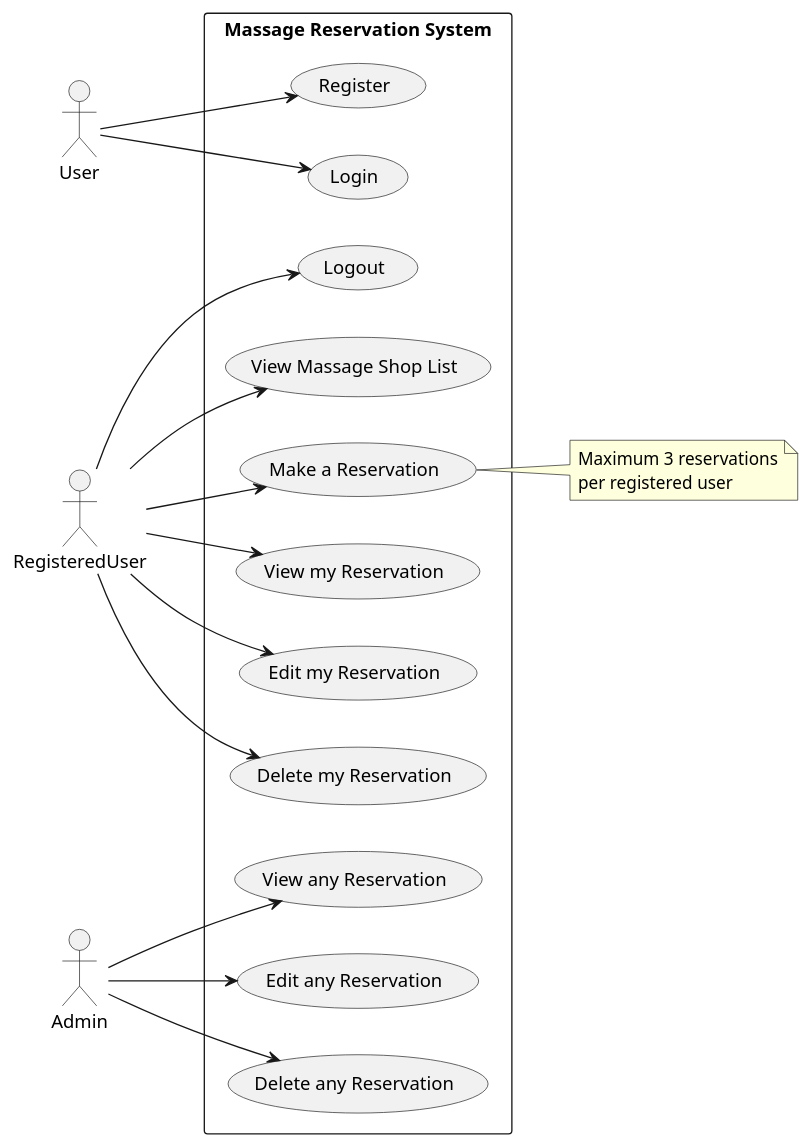
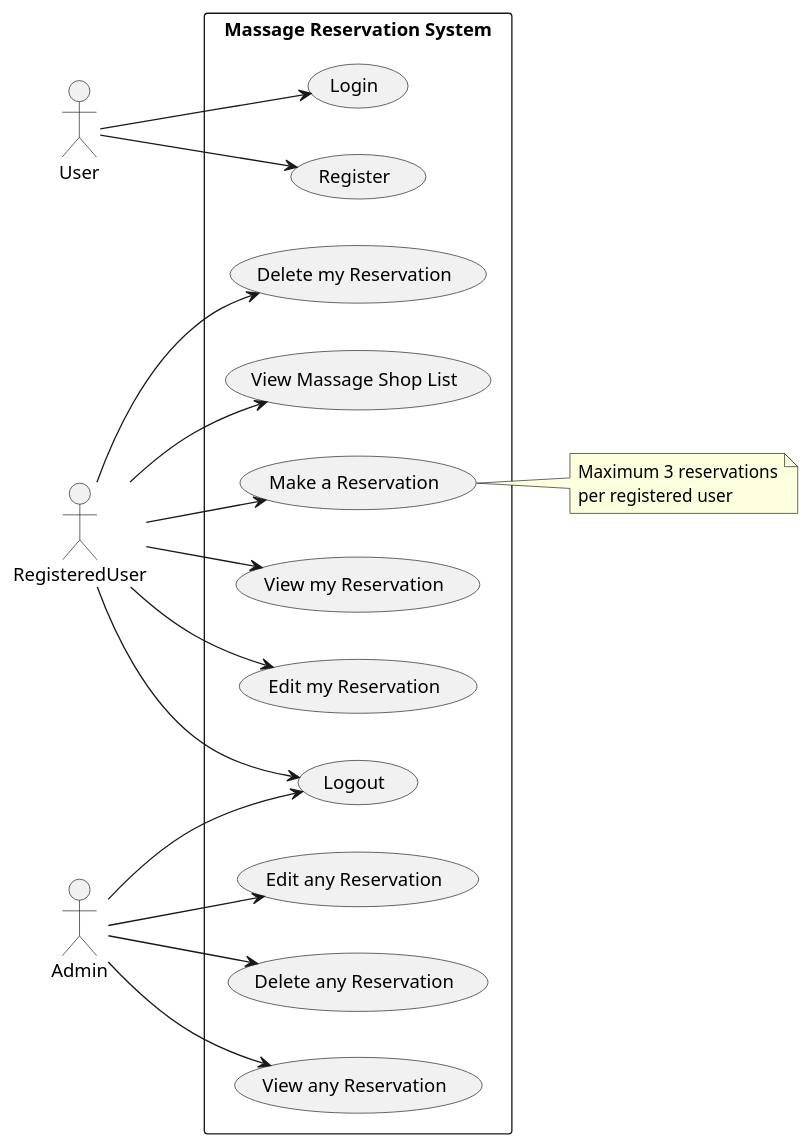
Before and after one commit to pim3567/SW-DEV-PRAC-Final-Project: the diagram in docs/diagram/usecase-diagram/usecase-specified-requirements.puml, drawn with PlantUML. The commit also changed 12 other files, not shown here.

Commit message:
chore: update diagram

```diff
--- a/docs/diagram/usecase-diagram/usecase-specified-requirements.puml
+++ b/docs/diagram/usecase-diagram/usecase-specified-requirements.puml
@@ -1,44 +1,45 @@
 @startuml
 left to right direction
 
 actor User
 actor RegisteredUser
 actor Admin
 
 rectangle "Massage Reservation System" {
     usecase "Register" as UC1
     usecase "Login" as UC2
     usecase "Logout" as UC3
 
     usecase "View Massage Shop List" as UC4
 
     usecase "Make a Reservation" as UC5
     usecase "View my Reservation" as UC6
     usecase "Edit my Reservation" as UC7
     usecase "Delete my Reservation" as UC8
 
     usecase "View any Reservation" as UC9
     usecase "Edit any Reservation" as UC10
     usecase "Delete any Reservation" as UC11
 }
 
 User --> UC1
 User --> UC2
 
 RegisteredUser --> UC3
 RegisteredUser --> UC4
 RegisteredUser --> UC5
 RegisteredUser --> UC6
 RegisteredUser --> UC7
 RegisteredUser --> UC8
 
+Admin --> UC3
 Admin --> UC9
 Admin --> UC10
 Admin --> UC11
 
 note right of UC5
     Maximum 3 reservations
     per registered user
 endnote
 
 @enduml
```
